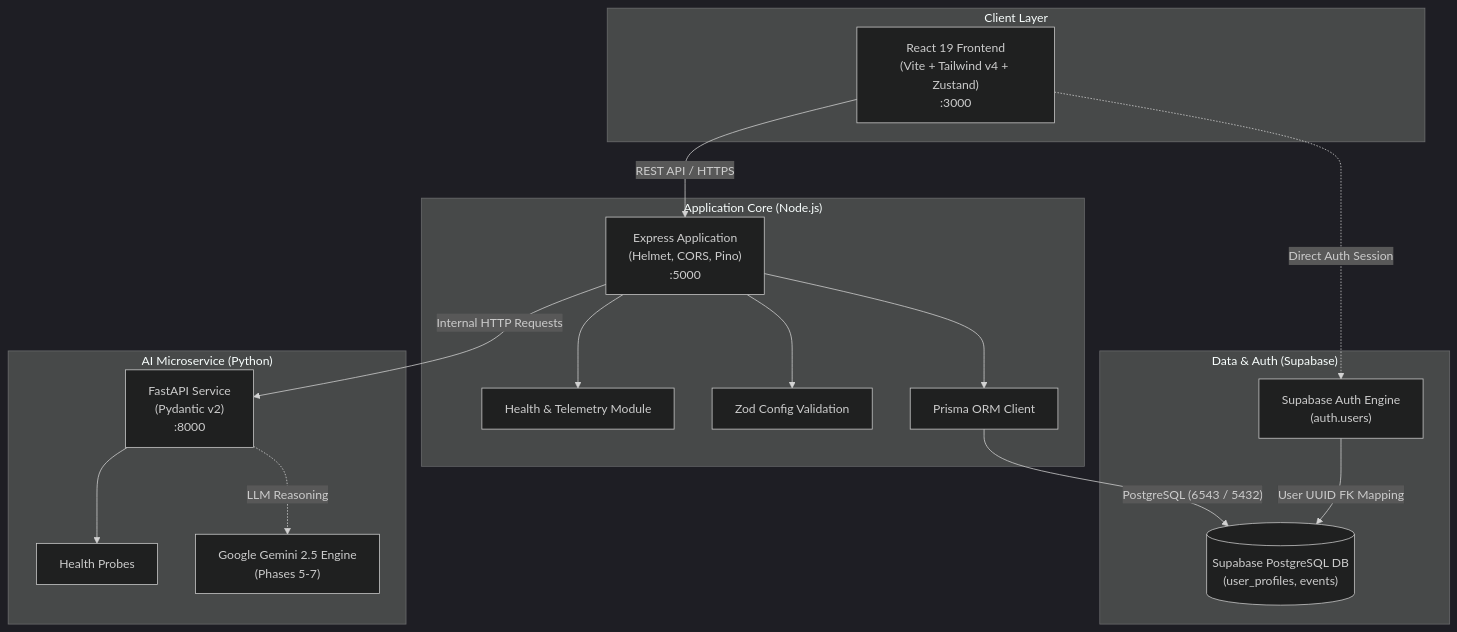
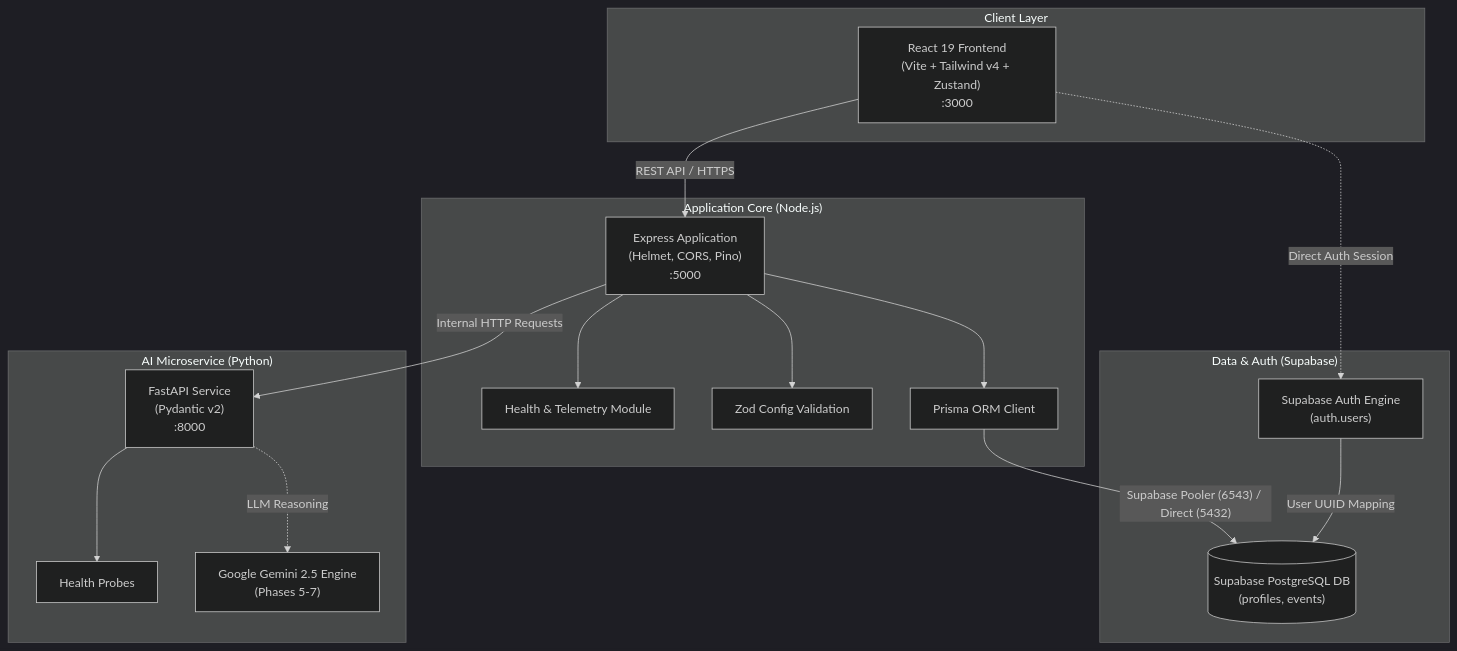
One commit to ZEESHAN0603/PromptWar changed the diagram in docs/PROJECT_ARCHITECTURE.md. Above: the diagram before and after it, drawn with Mermaid (dark theme). The commit also changed other lines of this file and 44 other files, not shown here.

````diff
--- a/docs/PROJECT_ARCHITECTURE.md
+++ b/docs/PROJECT_ARCHITECTURE.md
@@ -14,38 +17,38 @@
 ```mermaid
 flowchart TD
     subgraph ClientLayer ["Client Layer"]
         WebClient["React 19 Frontend\n(Vite + Tailwind v4 + Zustand)\n:3000"]
     end
 
     subgraph BackendLayer ["Application Core (Node.js)"]
         APIGateway["Express Application\n(Helmet, CORS, Pino)\n:5000"]
         HealthModule["Health & Telemetry Module"]
         ConfigEnv["Zod Config Validation"]
         PrismaORM["Prisma ORM Client"]
     end
 
     subgraph DataLayer ["Data & Auth (Supabase)"]
         SupaAuth["Supabase Auth Engine\n(auth.users)"]
-        PostgresDB[("Supabase PostgreSQL DB\n(user_profiles, events)")]
+        PostgresDB[("Supabase PostgreSQL DB\n(profiles, events)")]
     end
 
     subgraph AILayer ["AI Microservice (Python)"]
         FastAPIApp["FastAPI Service\n(Pydantic v2)\n:8000"]
         AIHealth["Health Probes"]
         FutureGemini["Google Gemini 2.5 Engine\n(Phases 5-7)"]
     end
 
     WebClient -->|"REST API / HTTPS"| APIGateway
     WebClient -.->|"Direct Auth Session"| SupaAuth
 
     APIGateway --> HealthModule
     APIGateway --> ConfigEnv
     APIGateway --> PrismaORM
 
-    PrismaORM -->|"PostgreSQL (6543 / 5432)"| PostgresDB
-    SupaAuth -->|"User UUID FK Mapping"| PostgresDB
+    PrismaORM -->|"Supabase Pooler (6543) / Direct (5432)"| PostgresDB
+    SupaAuth -->|"User UUID Mapping"| PostgresDB
 
     APIGateway -->|"Internal HTTP Requests"| FastAPIApp
     FastAPIApp --> AIHealth
     FastAPIApp -.->|"LLM Reasoning"| FutureGemini
 ```
````
